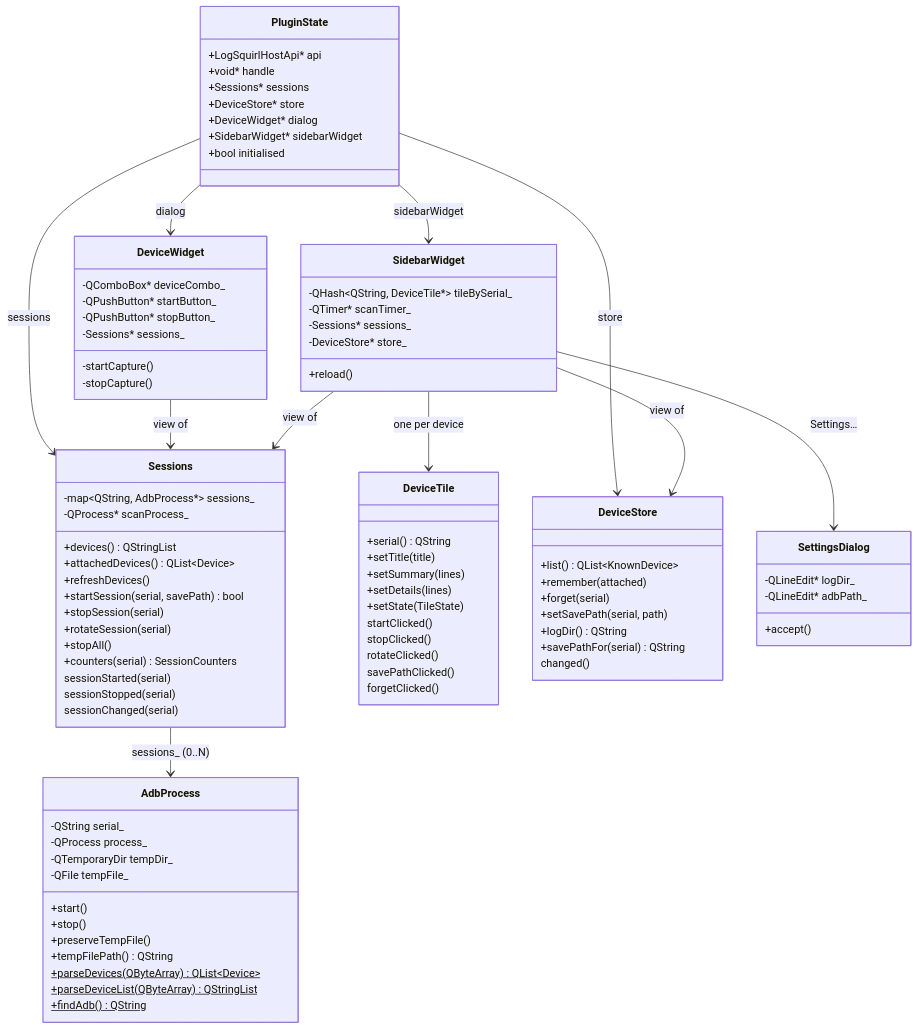
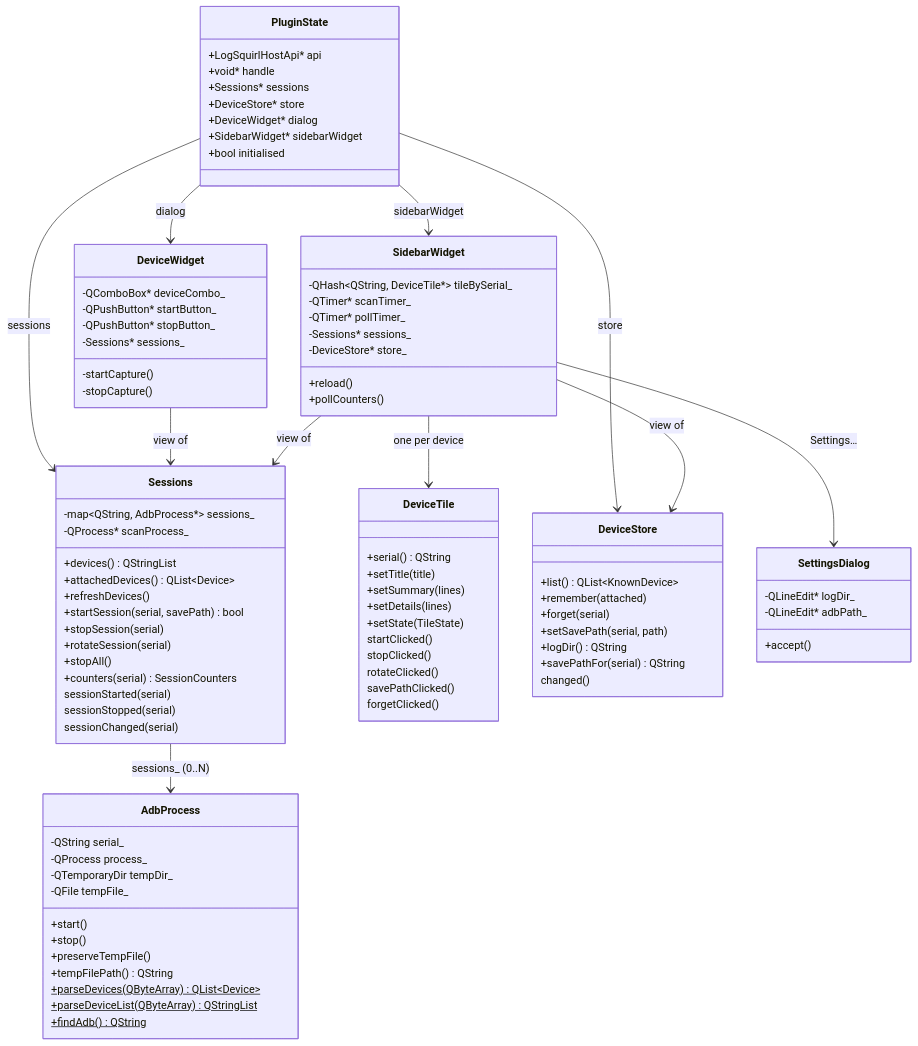
One commit to 64x-lunicorn/LogSquirl-Logcat changed the second of 2 diagrams in docs/DEVELOPER_GUIDE.md. Above: the diagram before and after it, drawn with Mermaid. The commit also changed other lines of this file and 6 other files, not shown here.

```diff
--- a/docs/DEVELOPER_GUIDE.md
+++ b/docs/DEVELOPER_GUIDE.md
@@ -357,9 +357,11 @@
     class SidebarWidget {
         -QHash~QString, DeviceTile*~ tileBySerial_
         -QTimer* scanTimer_
+        -QTimer* pollTimer_
         -Sessions* sessions_
         -DeviceStore* store_
         +reload()
+        +pollCounters()
     }
 
     class DeviceTile {
```
